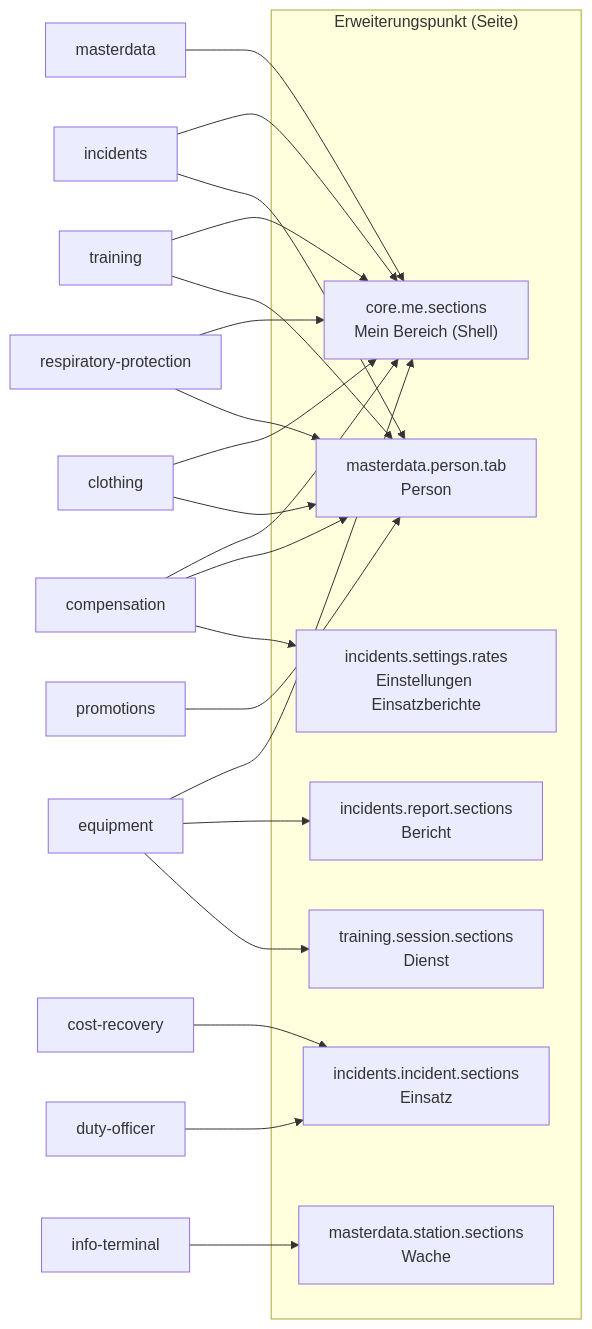
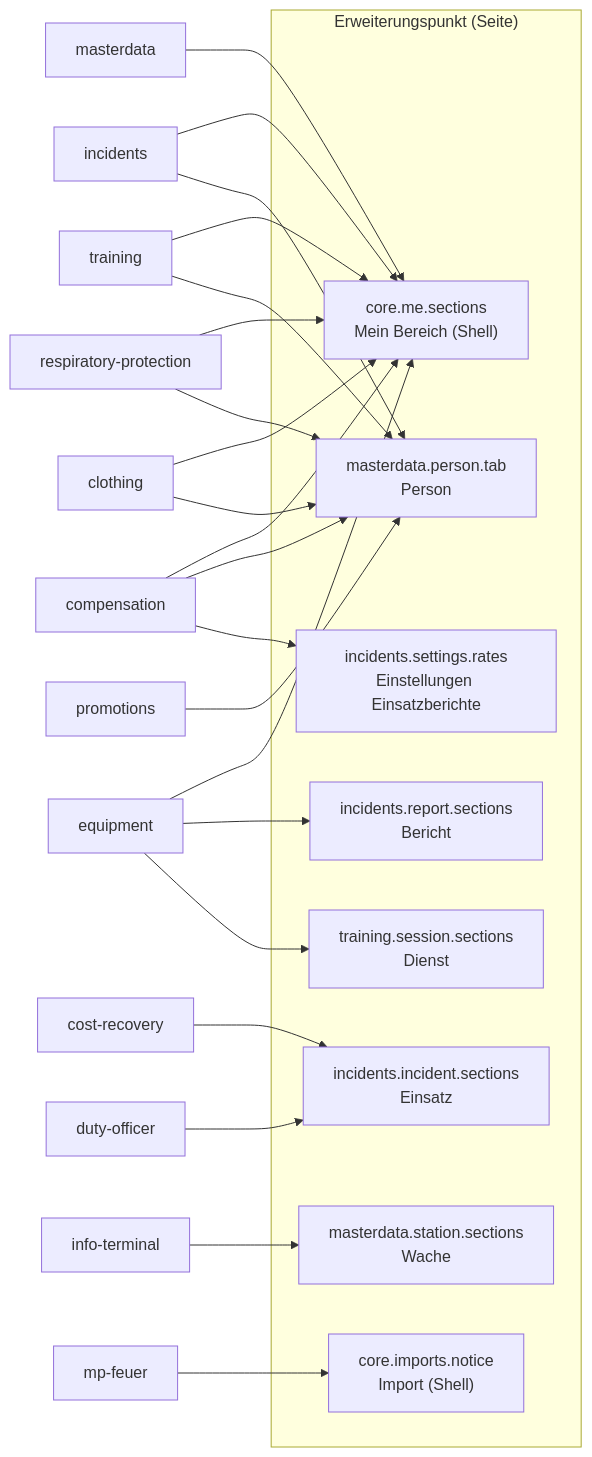
The fourth of 4 diagrams in dokumentation/implementiert/gesamtbild.md (stixx200/f.orga), drawn with Mermaid before and after one commit. The commit also changed other lines of this file and 187 other files, not shown here.

````diff
--- a/dokumentation/implementiert/gesamtbild.md
+++ b/dokumentation/implementiert/gesamtbild.md
@@ -163,24 +166,26 @@
 ```mermaid
 flowchart LR
   subgraph Punkte["Erweiterungspunkt (Seite)"]
     ME["core.me.sections<br/>Mein Bereich (Shell)"]
     PT["masterdata.person.tab<br/>Person"]
     IS["incidents.incident.sections<br/>Einsatz"]
     RS["incidents.report.sections<br/>Bericht"]
     SR["incidents.settings.rates<br/>Einstellungen Einsatzberichte"]
     SS["training.session.sections<br/>Dienst"]
     WS["masterdata.station.sections<br/>Wache"]
+    IN["core.imports.notice<br/>Import (Shell)"]
   end
 
   MD[masterdata] --> ME
   INC[incidents] --> ME & PT
   TRN[training] --> ME & PT
   RP[respiratory-protection] --> ME & PT
   COMP[compensation] --> ME & PT & SR
   EQ[equipment] --> ME & RS & SS
   CL[clothing] --> ME & PT
   PR[promotions] --> PT
   CR[cost-recovery] --> IS
   DO[duty-officer] --> IS
   IT[info-terminal] --> WS
+  MPF[mp-feuer] --> IN
 ```
````
